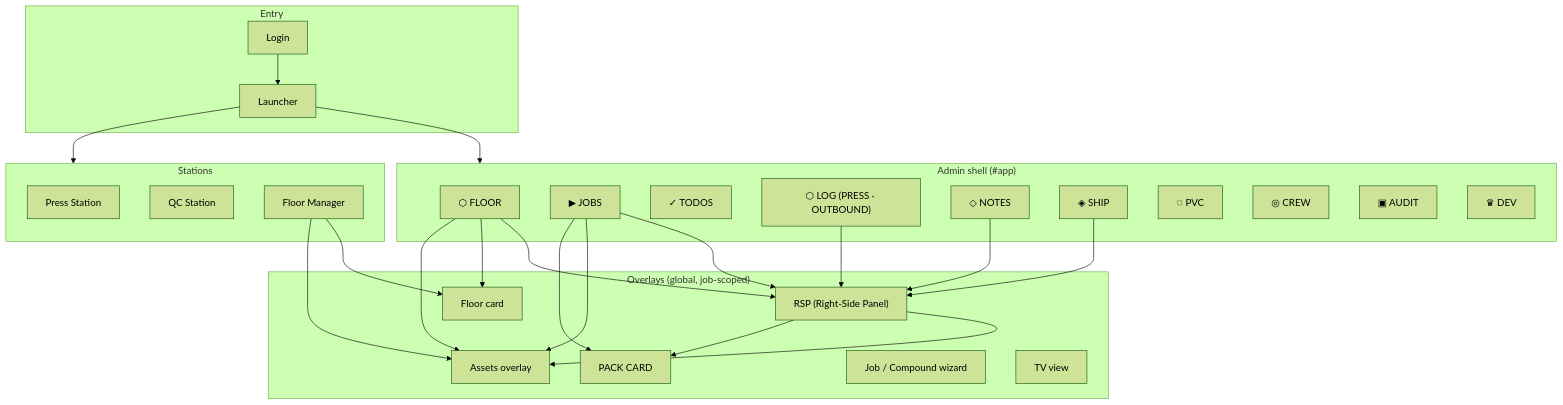
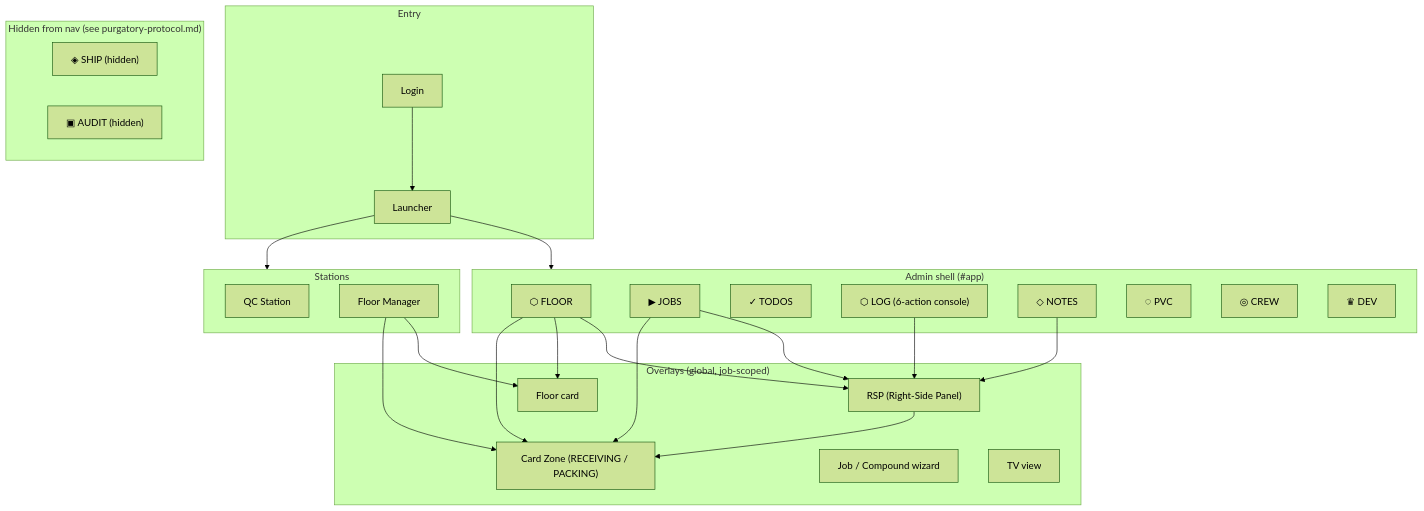
Before and after one commit to areyouonthebushq/pmp-ops-dashboard: the diagram in docs/informationarchitecturev3.md, drawn with Mermaid (forest theme). The commit also changed other lines of this file and 11 other files, not shown here.

````diff
--- a/docs/informationarchitecturev3.md
+++ b/docs/informationarchitecturev3.md
@@ -47,49 +47,46 @@
 ```mermaid
 flowchart TB
   subgraph Entry
     L[Login]
     M[Launcher]
   end
   subgraph AdminShell["Admin shell (#app)"]
     F[⬡ FLOOR]
     J[▶ JOBS]
     T[✓ TODOS]
-    Lo["⬡ LOG (PRESS · OUTBOUND)"]
+    Lo["⬡ LOG (6-action console)"]
     N[◇ NOTES]
-    Sh[◈ SHIP]
     P[◌ PVC]
     Cr[◎ CREW]
-    A[▣ AUDIT]
     D[♛ DEV]
   end
+  subgraph Hidden["Hidden from nav (see purgatory-protocol.md)"]
+    Sh["◈ SHIP (hidden)"]
+    A["▣ AUDIT (hidden)"]
+  end
   subgraph Stations
-    PS[Press Station]
     QS[QC Station]
     FM[Floor Manager]
   end
   subgraph Overlays["Overlays (global, job-scoped)"]
     Panel["RSP (Right-Side Panel)"]
     FC[Floor card]
-    Assets[Assets overlay]
-    Pack[PACK CARD]
+    CZ["Card Zone (RECEIVING / PACKING)"]
     Wizard[Job / Compound wizard]
     TV[TV view]
   end
 
   L --> M
   M --> AdminShell
   M --> Stations
   F --> Panel
   F --> FC
-  F --> Assets
+  F --> CZ
   J --> Panel
-  J --> Assets
-  J --> Pack
+  J --> CZ
   N --> Panel
   Lo --> Panel
-  Sh --> Panel
-  Panel --> Assets
-  Panel --> Pack
+  Panel --> CZ
   FM --> FC
-  FM --> Assets
+  FM --> CZ
 ```
````
